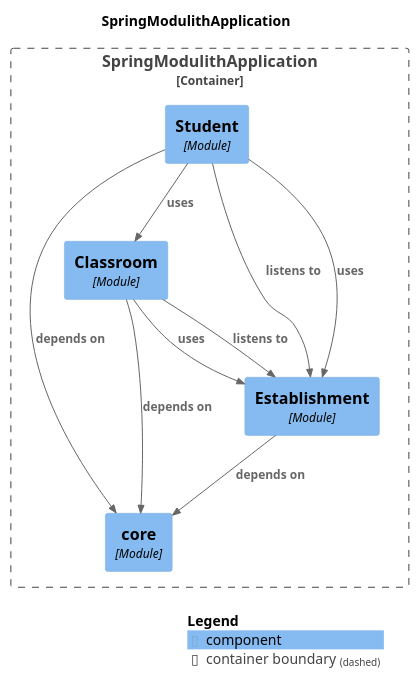
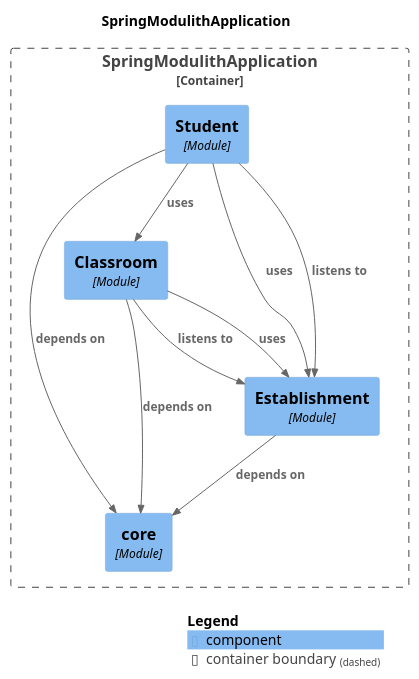
The diagram in doc/components.puml (cedricSarre/spring-modulith-sample), drawn with PlantUML before and after one commit. The commit also changed 7 other files, not shown here.

```diff
--- a/doc/components.puml
+++ b/doc/components.puml
@@ -1,27 +1,28 @@
 @startuml
+set separator none
 title SpringModulithApplication
 
 top to bottom direction
 
-!include https://raw.githubusercontent.com/plantuml-stdlib/C4-PlantUML/master/C4.puml
-!include https://raw.githubusercontent.com/plantuml-stdlib/C4-PlantUML/master/C4_Context.puml
-!include https://raw.githubusercontent.com/plantuml-stdlib/C4-PlantUML/master/C4_Component.puml
+!include <C4/C4>
+!include <C4/C4_Context>
+!include <C4/C4_Component>
 
 Container_Boundary("SpringModulithApplication.SpringModulithApplication_boundary", "SpringModulithApplication", $tags="") {
-  Component(SpringModulithApplication.SpringModulithApplication.core, "core", "Module", "", $tags="")
-  Component(SpringModulithApplication.SpringModulithApplication.Student, "Student", "Module", "", $tags="")
-  Component(SpringModulithApplication.SpringModulithApplication.Classroom, "Classroom", "Module", "", $tags="")
-  Component(SpringModulithApplication.SpringModulithApplication.Establishment, "Establishment", "Module", "", $tags="")
+  Component(SpringModulithApplication.SpringModulithApplication.core, "core", $techn="Module", $descr="", $tags="", $link="")
+  Component(SpringModulithApplication.SpringModulithApplication.Student, "Student", $techn="Module", $descr="", $tags="", $link="")
+  Component(SpringModulithApplication.SpringModulithApplication.Establishment, "Establishment", $techn="Module", $descr="", $tags="", $link="")
+  Component(SpringModulithApplication.SpringModulithApplication.Classroom, "Classroom", $techn="Module", $descr="", $tags="", $link="")
 }
 
-Rel_D(SpringModulithApplication.SpringModulithApplication.Classroom, SpringModulithApplication.SpringModulithApplication.core, "depends on", $tags="")
-Rel_D(SpringModulithApplication.SpringModulithApplication.Classroom, SpringModulithApplication.SpringModulithApplication.Establishment, "uses", $tags="")
-Rel_D(SpringModulithApplication.SpringModulithApplication.Student, SpringModulithApplication.SpringModulithApplication.Establishment, "listens to", $tags="")
-Rel_D(SpringModulithApplication.SpringModulithApplication.Student, SpringModulithApplication.SpringModulithApplication.core, "depends on", $tags="")
-Rel_D(SpringModulithApplication.SpringModulithApplication.Student, SpringModulithApplication.SpringModulithApplication.Establishment, "uses", $tags="")
-Rel_D(SpringModulithApplication.SpringModulithApplication.Student, SpringModulithApplication.SpringModulithApplication.Classroom, "uses", $tags="")
-Rel_D(SpringModulithApplication.SpringModulithApplication.Establishment, SpringModulithApplication.SpringModulithApplication.core, "depends on", $tags="")
-Rel_D(SpringModulithApplication.SpringModulithApplication.Classroom, SpringModulithApplication.SpringModulithApplication.Establishment, "listens to", $tags="")
+Rel(SpringModulithApplication.SpringModulithApplication.Student, SpringModulithApplication.SpringModulithApplication.Establishment, "uses", $techn="", $tags="", $link="")
+Rel(SpringModulithApplication.SpringModulithApplication.Student, SpringModulithApplication.SpringModulithApplication.Classroom, "uses", $techn="", $tags="", $link="")
+Rel(SpringModulithApplication.SpringModulithApplication.Classroom, SpringModulithApplication.SpringModulithApplication.Establishment, "listens to", $techn="", $tags="", $link="")
+Rel(SpringModulithApplication.SpringModulithApplication.Classroom, SpringModulithApplication.SpringModulithApplication.core, "depends on", $techn="", $tags="", $link="")
+Rel(SpringModulithApplication.SpringModulithApplication.Classroom, SpringModulithApplication.SpringModulithApplication.Establishment, "uses", $techn="", $tags="", $link="")
+Rel(SpringModulithApplication.SpringModulithApplication.Establishment, SpringModulithApplication.SpringModulithApplication.core, "depends on", $techn="", $tags="", $link="")
+Rel(SpringModulithApplication.SpringModulithApplication.Student, SpringModulithApplication.SpringModulithApplication.Establishment, "listens to", $techn="", $tags="", $link="")
+Rel(SpringModulithApplication.SpringModulithApplication.Student, SpringModulithApplication.SpringModulithApplication.core, "depends on", $techn="", $tags="", $link="")
 
 SHOW_LEGEND(true)
 @enduml
```
